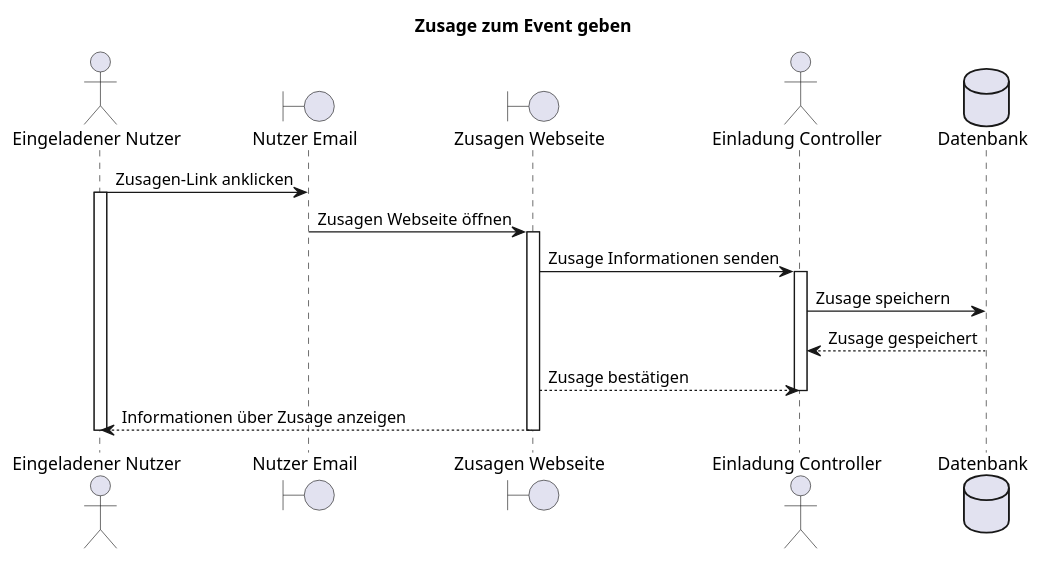
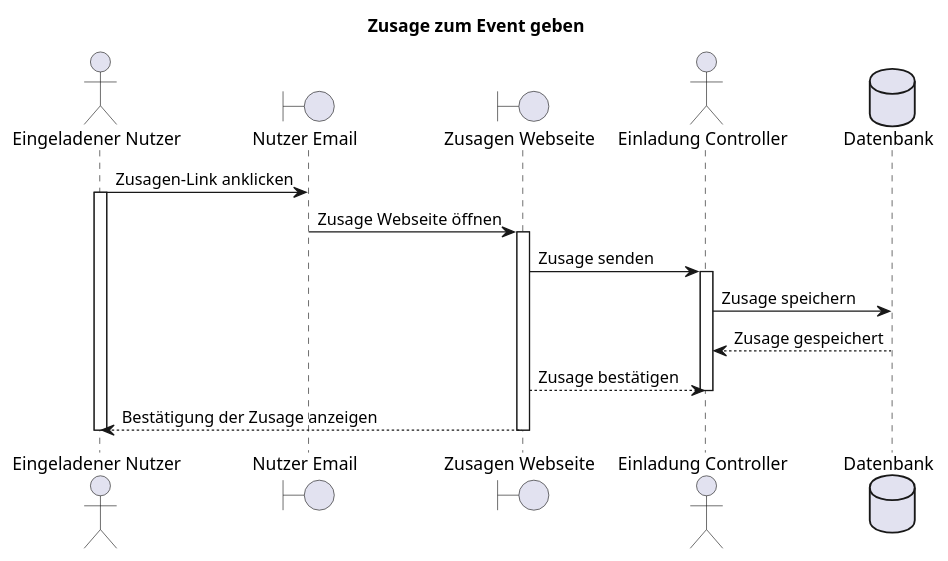
The diagram in docs/F008/F008_zusageZumEventGeben_seq.plantuml (party-time-2/party-time), drawn with PlantUML before and after one commit. The commit also changed 7 other files, not shown here.

Commit message:
f008 and f009 diagrams adjustment.

```diff
--- a/docs/F008/F008_zusageZumEventGeben_seq.plantuml
+++ b/docs/F008/F008_zusageZumEventGeben_seq.plantuml
@@ -1,23 +1,23 @@
 @startuml F008_zusageZumEventGeben_seq
 title "Zusage zum Event geben"
 
 actor "Eingeladener Nutzer" as user
 boundary "Nutzer Email" as userMail
 boundary "Zusagen Webseite" as acceptMask
 actor "Einladung Controller" as controller
 database "Datenbank" as db
 
 user -> userMail: Zusagen-Link anklicken
 activate user
-userMail -> acceptMask: Zusagen Webseite öffnen
+userMail -> acceptMask: Zusage Webseite öffnen
 activate acceptMask
-acceptMask -> controller: Zusage Informationen senden
+acceptMask -> controller: Zusage senden
 activate controller
 controller -> db: Zusage speichern
 controller <-- db: Zusage gespeichert
 controller <-- acceptMask: Zusage bestätigen
 deactivate controller
-user <-- acceptMask: Informationen über Zusage anzeigen
+user <-- acceptMask: Bestätigung der Zusage anzeigen
 deactivate acceptMask
 deactivate user
 @enduml
```
